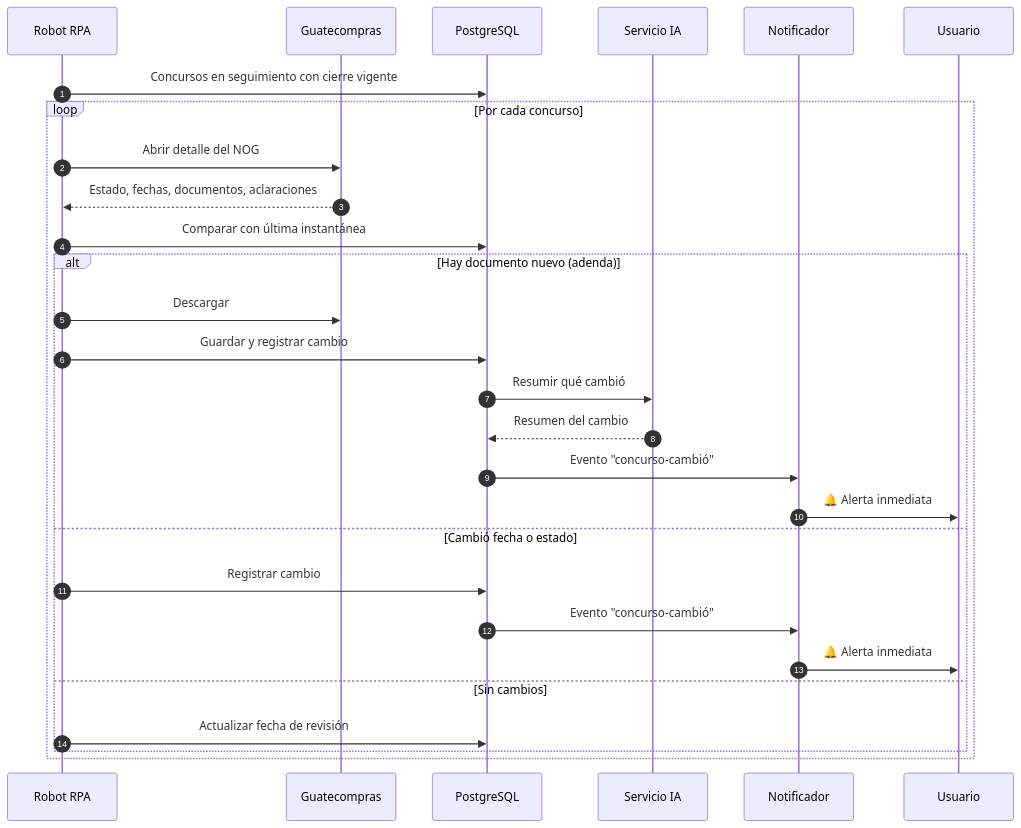
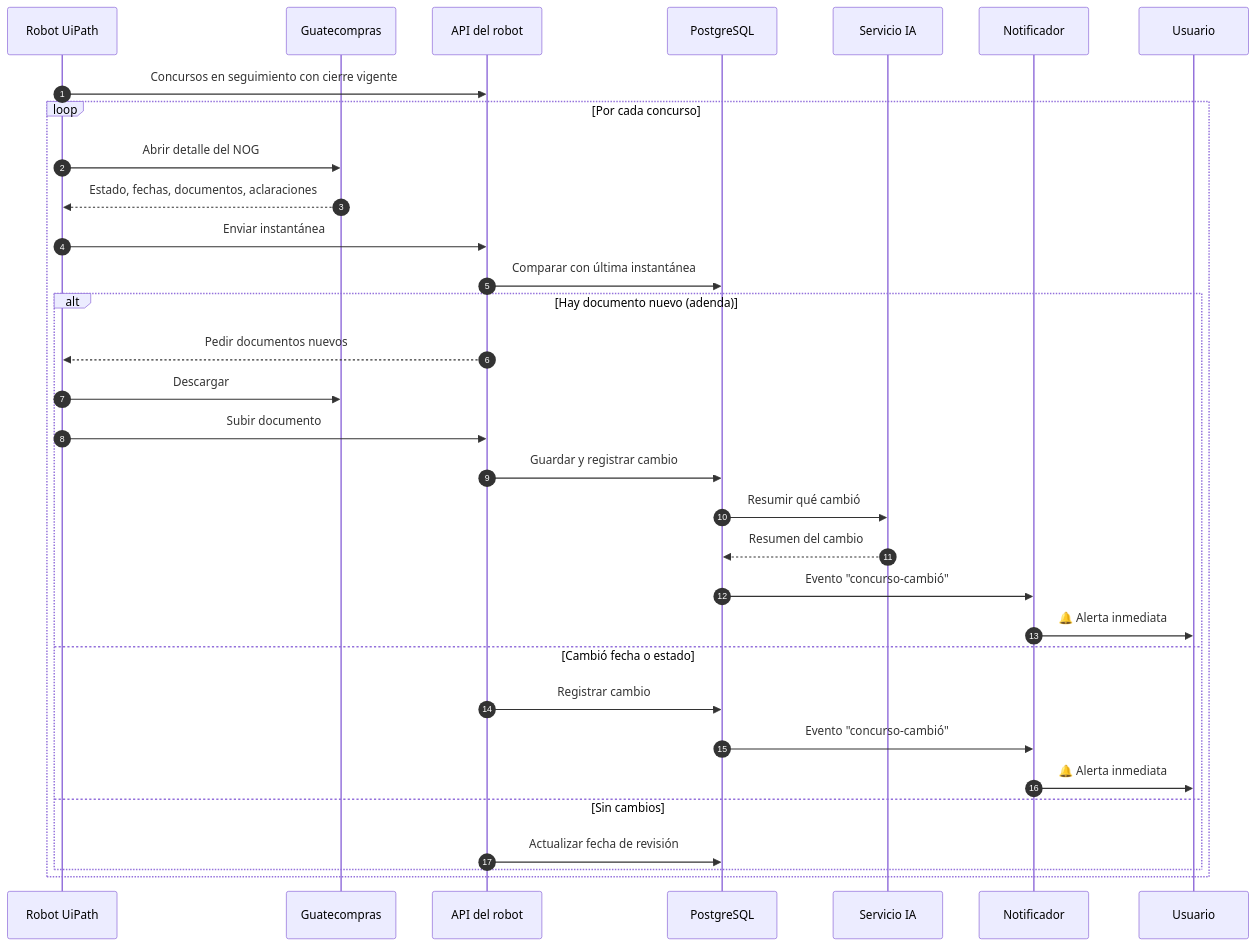
Before and after one commit to DenisArango/GuateComprasRPA: the fourth of 8 diagrams in docs/06-diagramas.md, drawn with Mermaid. The commit also changed other lines of this file and 15 other files, not shown here.

````diff
--- a/docs/06-diagramas.md
+++ b/docs/06-diagramas.md
@@ -124,31 +132,35 @@
 ```mermaid
 sequenceDiagram
     autonumber
-    participant BOT as Robot RPA
+    participant BOT as Robot UiPath
     participant GC as Guatecompras
+    participant API as API del robot
     participant DB as PostgreSQL
     participant IA as Servicio IA
     participant NT as Notificador
     participant U as Usuario
 
-    BOT->>DB: Concursos en seguimiento con cierre vigente
+    BOT->>API: Concursos en seguimiento con cierre vigente
     loop Por cada concurso
         BOT->>GC: Abrir detalle del NOG
         GC-->>BOT: Estado, fechas, documentos, aclaraciones
-        BOT->>DB: Comparar con última instantánea
+        BOT->>API: Enviar instantánea
+        API->>DB: Comparar con última instantánea
         alt Hay documento nuevo (adenda)
+            API-->>BOT: Pedir documentos nuevos
             BOT->>GC: Descargar
-            BOT->>DB: Guardar y registrar cambio
+            BOT->>API: Subir documento
+            API->>DB: Guardar y registrar cambio
             DB->>IA: Resumir qué cambió
             IA-->>DB: Resumen del cambio
             DB->>NT: Evento "concurso-cambió"
             NT->>U: 🔔 Alerta inmediata
         else Cambió fecha o estado
-            BOT->>DB: Registrar cambio
+            API->>DB: Registrar cambio
             DB->>NT: Evento "concurso-cambió"
             NT->>U: 🔔 Alerta inmediata
         else Sin cambios
-            BOT->>DB: Actualizar fecha de revisión
+            API->>DB: Actualizar fecha de revisión
         end
     end
 ```
````
